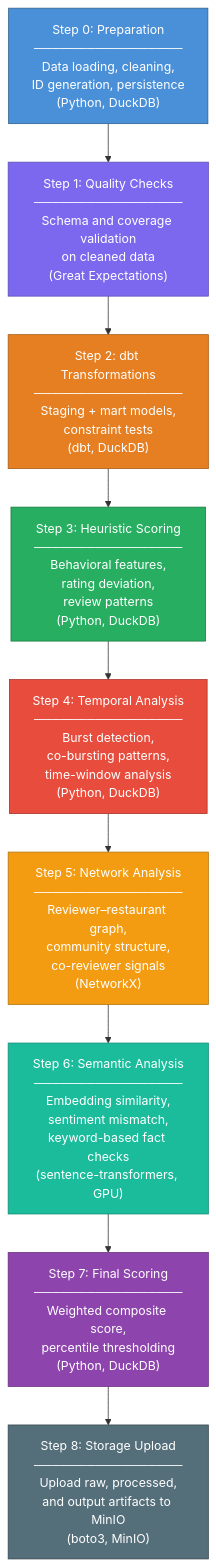
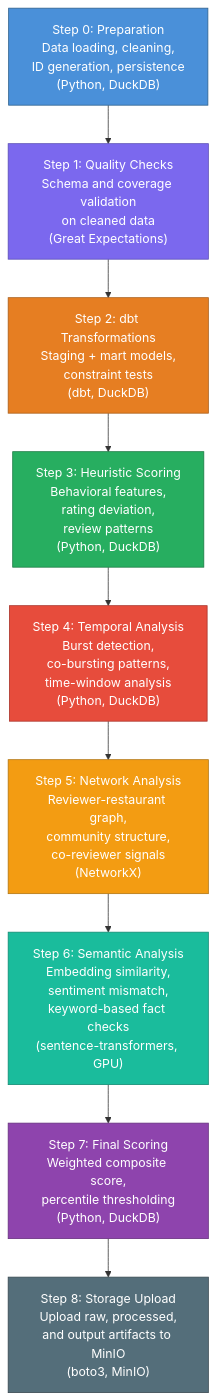
The diagram in README.md (OliKraus95/Google-Maps-Fake-Review-Detector), drawn with Mermaid before and after one commit.

Commit message:
docs: fix Mermaid pipeline labels for proper GitHub rendering

````diff
--- a/README.md
+++ b/README.md
@@ -94,21 +94,21 @@
 ```mermaid
 flowchart TD
-    A["Step 0: Preparation\n─────────────────\nData loading, cleaning,\nID generation, persistence\n(Python, DuckDB)"] --> B["Step 1: Quality Checks\n─────────────────\nSchema and coverage validation\non cleaned data\n(Great Expectations)"]
-    B --> C["Step 2: dbt Transformations\n─────────────────\nStaging + mart models,\nconstraint tests\n(dbt, DuckDB)"]
-    C --> D["Step 3: Heuristic Scoring\n─────────────────\nBehavioral features,\nrating deviation,\nreview patterns\n(Python, DuckDB)"]
-    D --> E["Step 4: Temporal Analysis\n─────────────────\nBurst detection,\nco-bursting patterns,\ntime-window analysis\n(Python, DuckDB)"]
-    E --> F["Step 5: Network Analysis\n─────────────────\nReviewer–restaurant graph,\ncommunity structure,\nco-reviewer signals\n(NetworkX)"]
-    F --> G["Step 6: Semantic Analysis\n─────────────────\nEmbedding similarity,\nsentiment mismatch,\nkeyword-based fact checks\n(sentence-transformers, GPU)"]
-    G --> H["Step 7: Final Scoring\n─────────────────\nWeighted composite score,\npercentile thresholding\n(Python, DuckDB)"]
-    H --> I["Step 8: Storage Upload\n─────────────────\nUpload raw, processed,\nand output artifacts to MinIO\n(boto3, MinIO)"]
+    A["Step 0: Preparation<br/>Data loading, cleaning,<br/>ID generation, persistence<br/>(Python, DuckDB)"] --> B["Step 1: Quality Checks<br/>Schema and coverage validation<br/>on cleaned data<br/>(Great Expectations)"]
+    B --> C["Step 2: dbt Transformations<br/>Staging + mart models,<br/>constraint tests<br/>(dbt, DuckDB)"]
+    C --> D["Step 3: Heuristic Scoring<br/>Behavioral features,<br/>rating deviation,<br/>review patterns<br/>(Python, DuckDB)"]
+    D --> E["Step 4: Temporal Analysis<br/>Burst detection,<br/>co-bursting patterns,<br/>time-window analysis<br/>(Python, DuckDB)"]
+    E --> F["Step 5: Network Analysis<br/>Reviewer-restaurant graph,<br/>community structure,<br/>co-reviewer signals<br/>(NetworkX)"]
+    F --> G["Step 6: Semantic Analysis<br/>Embedding similarity,<br/>sentiment mismatch,<br/>keyword-based fact checks<br/>(sentence-transformers, GPU)"]
+    G --> H["Step 7: Final Scoring<br/>Weighted composite score,<br/>percentile thresholding<br/>(Python, DuckDB)"]
+    H --> I["Step 8: Storage Upload<br/>Upload raw, processed,<br/>and output artifacts to MinIO<br/>(boto3, MinIO)"]
 
     style A fill:#4A90D9,stroke:#2C5F8A,color:#fff
     style B fill:#7B68EE,stroke:#5A4CB5,color:#fff
     style C fill:#E67E22,stroke:#A85C18,color:#fff
     style D fill:#27AE60,stroke:#1B7A43,color:#fff
     style E fill:#E74C3C,stroke:#A83229,color:#fff
     style F fill:#F39C12,stroke:#B07410,color:#fff
     style G fill:#1ABC9C,stroke:#128A72,color:#fff
     style H fill:#8E44AD,stroke:#66307D,color:#fff
     style I fill:#546E7A,stroke:#37474F,color:#fff
 ```
````
